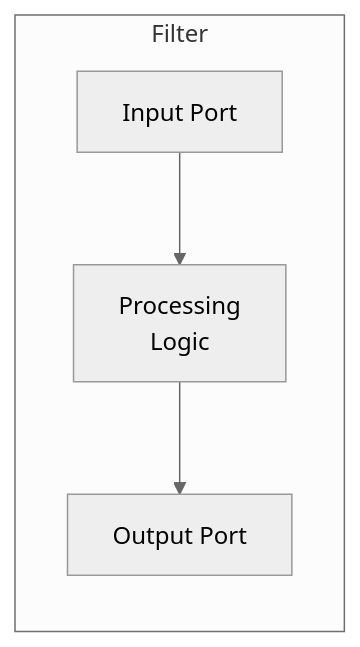
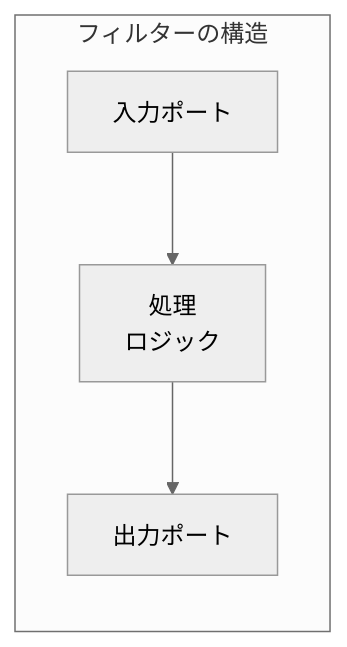
The fourth of 5 diagrams in content/programming/reactive_messaging_pattern/architectural-routers/pipes_and_filters.md (tomoikey/quartz), drawn with Mermaid (neutral theme) before and after one commit. The commit also changed other lines of this file and 18 other files, not shown here.

````diff
--- a/content/programming/reactive_messaging_pattern/architectural-routers/pipes_and_filters.md
+++ b/content/programming/reactive_messaging_pattern/architectural-routers/pipes_and_filters.md
@@ -56,7 +98,7 @@
 ```mermaid
 graph LR
-    subgraph "Filter"
-        IP[Input Port] --> PROC[Processing<br/>Logic]
-        PROC --> OP[Output Port]
+    subgraph "フィルターの構造"
+        IP[入力ポート] --> PROC[処理<br/>ロジック]
+        PROC --> OP[出力ポート]
     end
 ```
````
